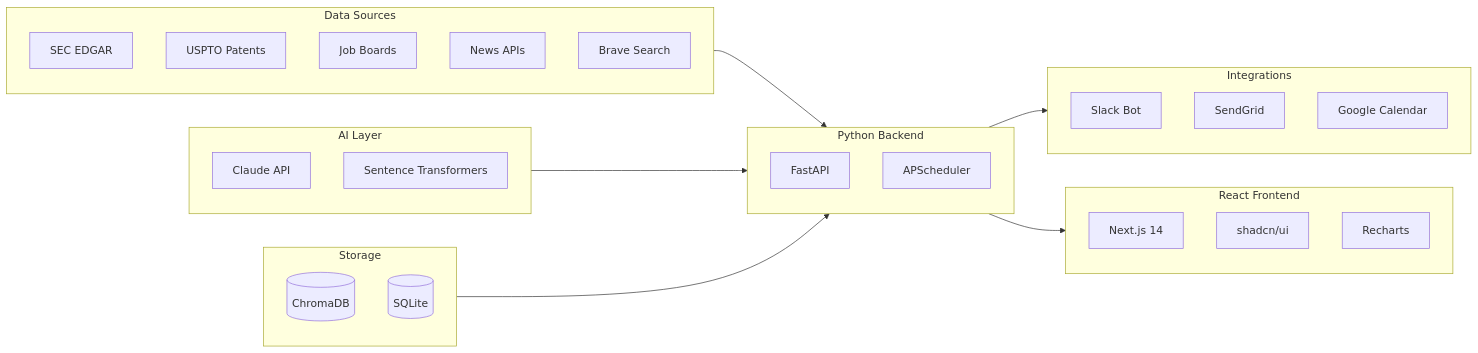
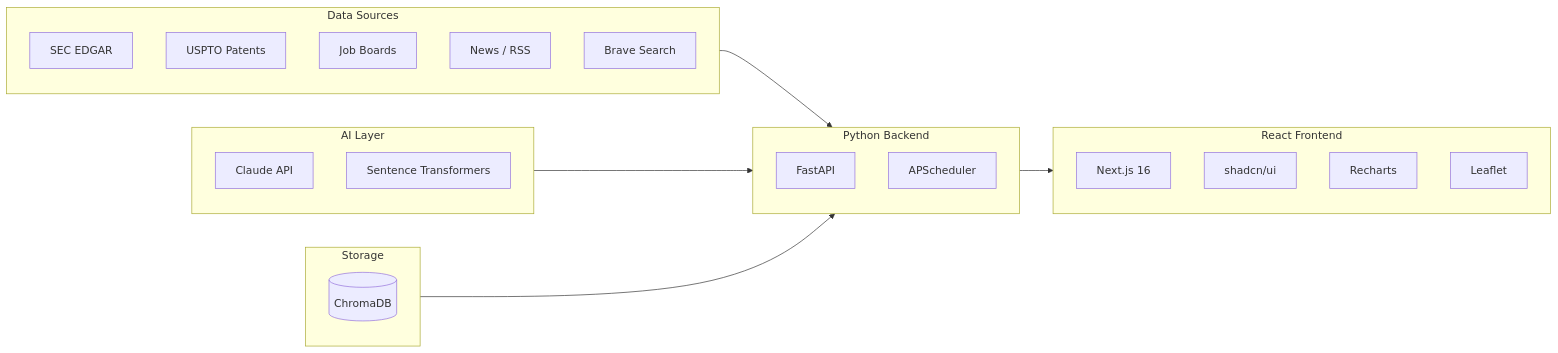
The third of 3 diagrams in README.md (hgao1023/Flex-Practicum-Project-2026), drawn with Mermaid before and after one commit. The commit also changed other lines of this file, not shown here.

First line of the commit message:
Update README to reflect actual codebase architecture

````diff
--- a/README.md
+++ b/README.md
@@ -280,43 +213,36 @@
 ```mermaid
 flowchart LR
     subgraph DataSources[Data Sources]
         SEC[SEC EDGAR]
         USPTO[USPTO Patents]
         Jobs[Job Boards]
-        News[News APIs]
+        News[News / RSS]
         Brave[Brave Search]
     end
-    
+
     subgraph AI[AI Layer]
         Claude[Claude API]
         SentenceT[Sentence Transformers]
     end
-    
+
     subgraph Storage[Storage]
         ChromaDB[(ChromaDB)]
-        SQLiteDB[(SQLite)]
     end
-    
+
     subgraph Backend[Python Backend]
         FastAPI
         APScheduler
     end
-    
-    subgraph IntegrationLayer[Integrations]
-        Slack[Slack Bot]
-        EmailService[SendGrid]
-        CalendarAPI[Google Calendar]
-    end
-    
+
     subgraph Frontend[React Frontend]
-        NextJS[Next.js 14]
+        NextJS[Next.js 16]
         shadcn[shadcn/ui]
         Recharts
+        Leaflet
     end
-    
+
     DataSources --> Backend
     AI --> Backend
     Storage --> Backend
-    Backend --> IntegrationLayer
     Backend --> Frontend
 ```
````
